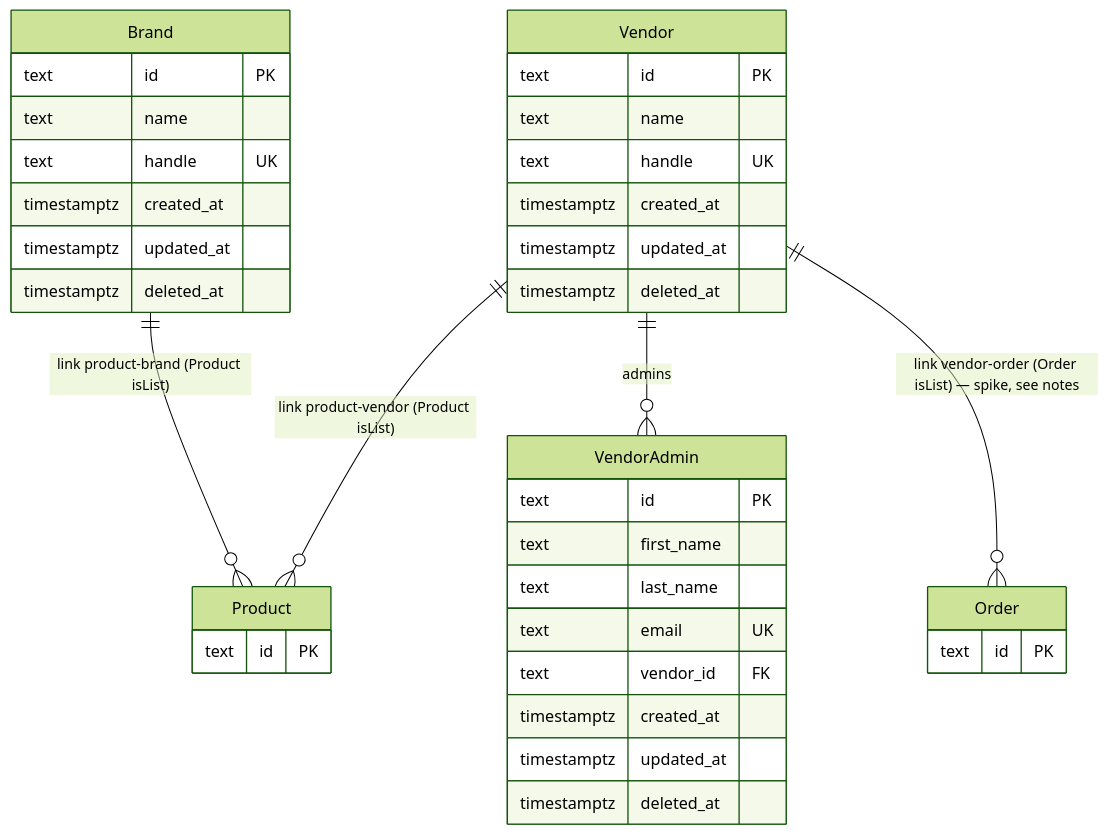
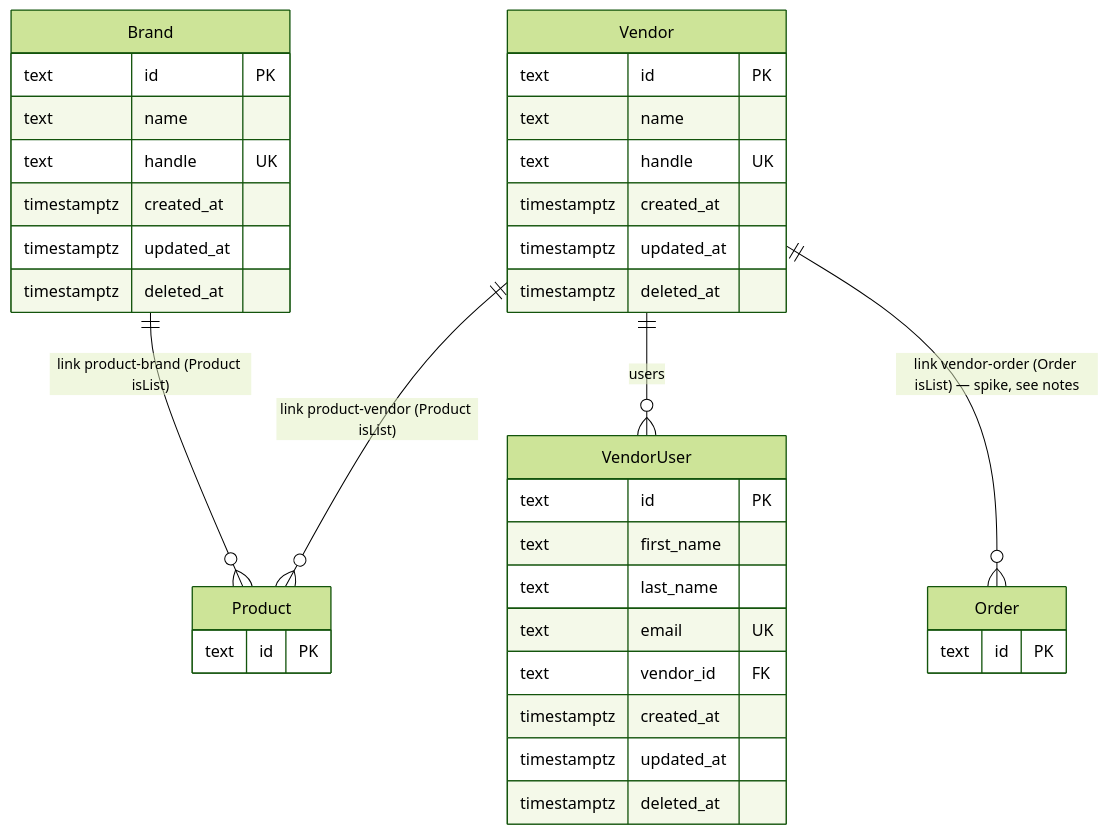
Before and after one commit to yago-flockr/medusa-poc: the diagram in apps/backend/docs/ER_MODEL.md, drawn with Mermaid (forest theme). The commit also changed other lines of this file and 15 other files, not shown here.

````diff
--- a/apps/backend/docs/ER_MODEL.md
+++ b/apps/backend/docs/ER_MODEL.md
@@ -20,45 +20,45 @@
 ```mermaid
 erDiagram
   Brand {
     text id PK
     text name
     text handle UK
     timestamptz created_at
     timestamptz updated_at
     timestamptz deleted_at
   }
 
   Vendor {
     text id PK
     text name
     text handle UK
     timestamptz created_at
     timestamptz updated_at
     timestamptz deleted_at
   }
 
-  VendorAdmin {
+  VendorUser {
     text id PK
     text first_name
     text last_name
     text email UK
     text vendor_id FK
     timestamptz created_at
     timestamptz updated_at
     timestamptz deleted_at
   }
 
   %% Medusa Product / Order (core) — linked, not owned here
   Product {
     text id PK
   }
 
   Order {
     text id PK
   }
 
   Brand ||--o{ Product : "link product-brand (Product isList)"
   Vendor ||--o{ Product : "link product-vendor (Product isList)"
-  Vendor ||--o{ VendorAdmin : "admins"
+  Vendor ||--o{ VendorUser : "users"
   Vendor ||--o{ Order : "link vendor-order (Order isList) — spike, see notes"
 ```
````
